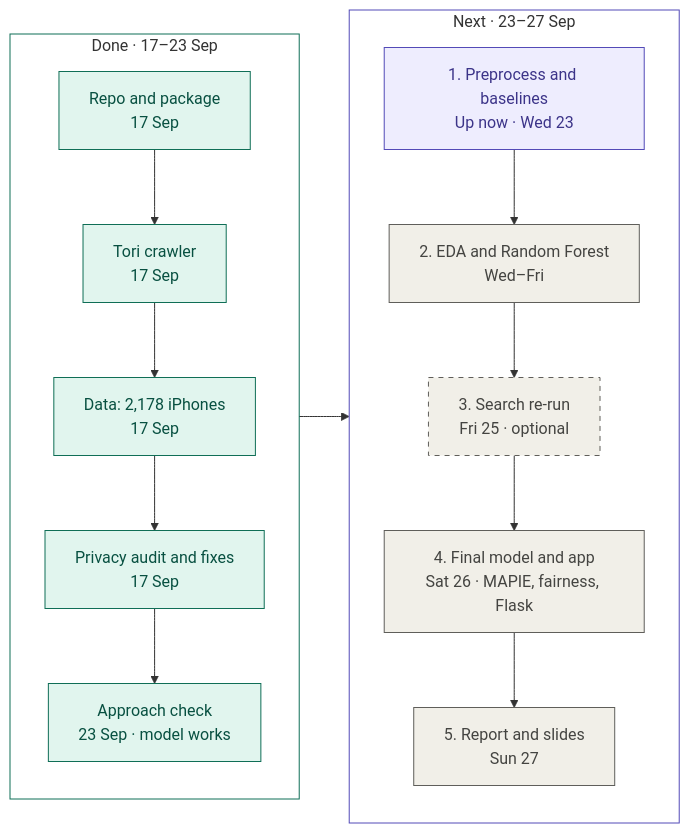
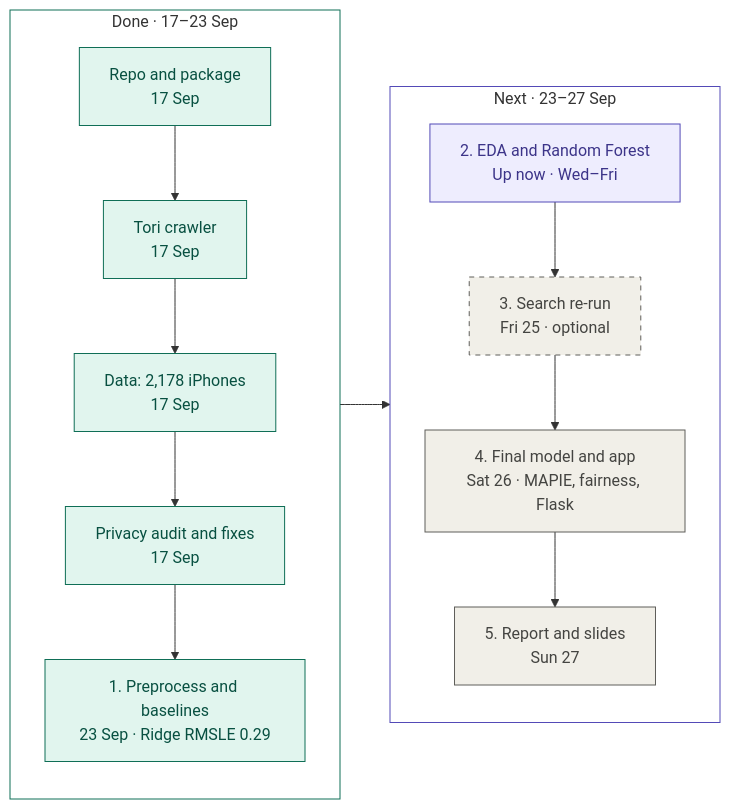
The first of 2 diagrams in README.md (HashirSalam/priced-right), drawn with Mermaid before and after one commit. The commit also changed other lines of this file and 10 other files, not shown here.

````diff
--- a/README.md
+++ b/README.md
@@ -32,23 +32,23 @@
 ```mermaid
 flowchart LR
     subgraph done["Done · 17–23 Sep"]
         direction TB
-        a["Repo and package<br/>17 Sep"] --> b["Tori crawler<br/>17 Sep"] --> c["Data: 2,178 iPhones<br/>17 Sep"] --> d["Privacy audit and fixes<br/>17 Sep"] --> e["Approach check<br/>23 Sep · model works"]
+        a["Repo and package<br/>17 Sep"] --> b["Tori crawler<br/>17 Sep"] --> c["Data: 2,178 iPhones<br/>17 Sep"] --> d["Privacy audit and fixes<br/>17 Sep"] --> s1["1. Preprocess and baselines<br/>23 Sep · Ridge RMSLE 0.29"]
     end
     subgraph next["Next · 23–27 Sep"]
         direction TB
-        s1["1. Preprocess and baselines<br/>Up now · Wed 23"] --> s2["2. EDA and Random Forest<br/>Wed–Fri"] --> s3["3. Search re-run<br/>Fri 25 · optional"] --> s4["4. Final model and app<br/>Sat 26 · MAPIE, fairness, Flask"] --> s5["5. Report and slides<br/>Sun 27"]
+        s2["2. EDA and Random Forest<br/>Up now · Wed–Fri"] --> s3["3. Search re-run<br/>Fri 25 · optional"] --> s4["4. Final model and app<br/>Sat 26 · MAPIE, fairness, Flask"] --> s5["5. Report and slides<br/>Sun 27"]
     end
     done --> next
 
     classDef done fill:#E1F5EE,stroke:#0F6E56,color:#085041
     classDef now fill:#EEEDFE,stroke:#534AB7,color:#3C3489
     classDef upcoming fill:#F1EFE8,stroke:#5F5E5A,color:#444441
     classDef optional fill:#F1EFE8,stroke:#5F5E5A,color:#444441,stroke-dasharray: 5 5
-    class a,b,c,d,e done
-    class s1 now
-    class s2,s4,s5 upcoming
+    class a,b,c,d,s1 done
+    class s2 now
+    class s4,s5 upcoming
     class s3 optional
     style done fill:none,stroke:#0F6E56
     style next fill:none,stroke:#534AB7
 ```
````
